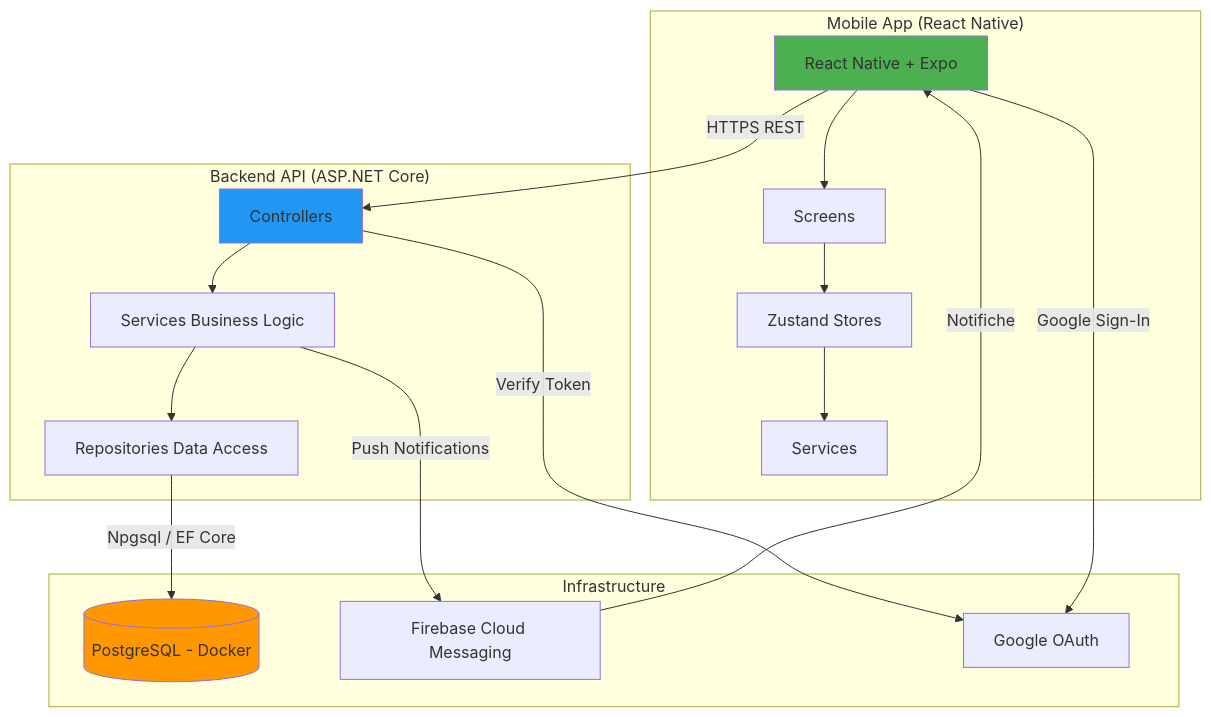
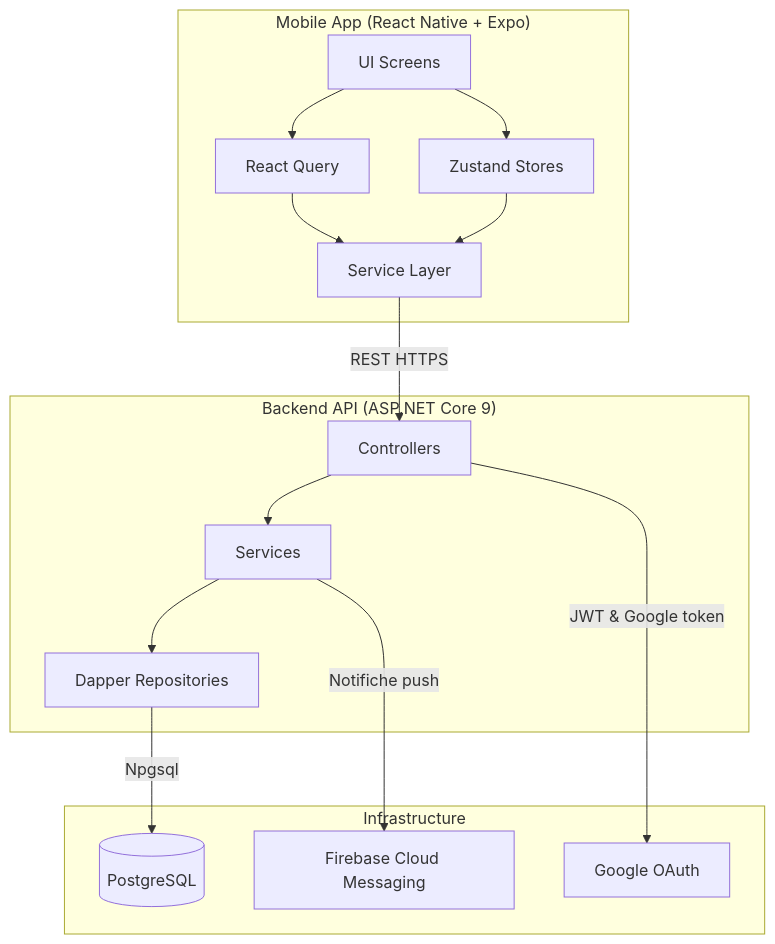
The first of 4 diagrams in docs/ARCHITECTURE.md (20031781/Shared-Expense-Management-App), drawn with Mermaid before and after one commit. The commit also changed other lines of this file and 6 other files, not shown here.

````diff
--- a/docs/ARCHITECTURE.md
+++ b/docs/ARCHITECTURE.md
@@ -5,39 +7,32 @@
 ```mermaid
 graph TB
-    subgraph "Mobile App (React Native)"
-        MA[React Native + Expo]
-        SC[Screens]
+    subgraph "Mobile App (React Native + Expo)"
+        MA[UI Screens]
         ST[Zustand Stores]
-        SV[Services]
-
-        MA --> SC
-        SC --> ST
+        RQ[React Query]
+        SV[Service Layer]
+        MA --> ST
+        MA --> RQ
+        RQ --> SV
         ST --> SV
     end
 
-    subgraph "Backend API (ASP.NET Core)"
+    subgraph "Backend API (ASP.NET Core 9)"
         API[Controllers]
-        BL[Services Business Logic]
-        REPO[Repositories Data Access]
-
+        BL[Services]
+        REPO[Dapper Repositories]
         API --> BL
         BL --> REPO
     end
 
     subgraph "Infrastructure"
-        POSTGRES[(PostgreSQL - Docker)]
+        PG[(PostgreSQL)]
         FCM[Firebase Cloud Messaging]
         OAUTH[Google OAuth]
     end
 
-    MA -->|HTTPS REST| API
-    REPO -->|Npgsql / EF Core| POSTGRES
-    BL -->|Push Notifications| FCM
-    API -->|Verify Token| OAUTH
-    MA -->|Google Sign-In| OAUTH
-    FCM -->|Notifiche| MA
-
-    style MA fill:#4CAF50
-    style API fill:#2196F3
-    style POSTGRES fill:#FF9800
+    SV -->|REST HTTPS| API
+    BL -->|Notifiche push| FCM
+    API -->|JWT & Google token| OAUTH
+    REPO -->|Npgsql| PG
 ```
````
